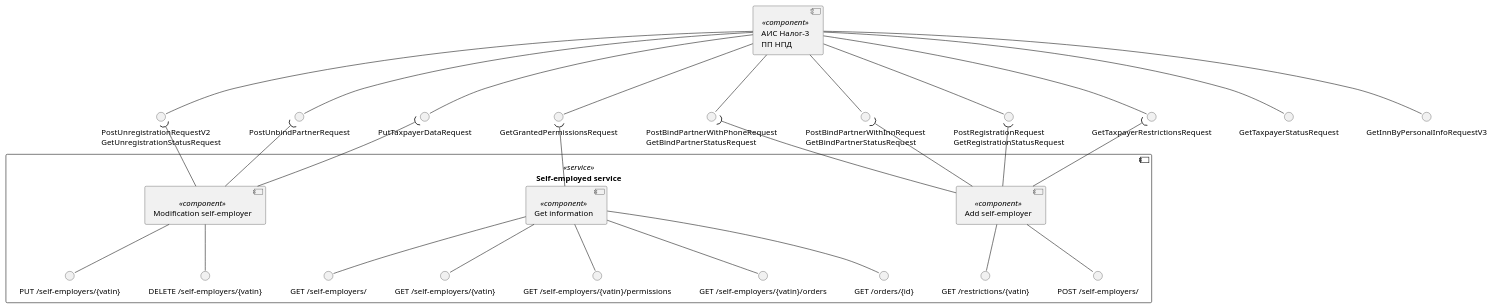
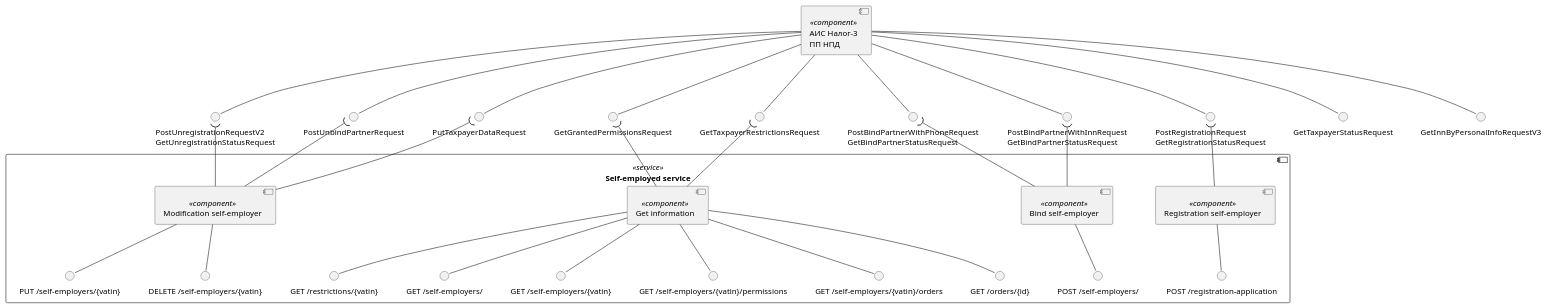
The second of 7 diagrams in diagrams/self-employed-service/components.puml (RaikBitters/ibank-internal-services), drawn with PlantUML before and after one commit. The commit also changed 1 other file, not shown here.

```diff
--- a/diagrams/self-employed-service/components.puml
+++ b/diagrams/self-employed-service/components.puml
@@ -5,70 +5,71 @@
 @startuml self-employer-components
 
 component "АИС Налог-3\nПП НПД" as Tax3 <<component>>
 interface "GetTaxpayerRestrictionsRequest" as getTaxpayerRestrictions
 interface "PostRegistrationRequest\nGetRegistrationStatusRequest" as postTaxpayerRegistration
 interface "GetTaxpayerStatusRequest" as getTaxpayerStatus
 interface "PutTaxpayerDataRequest" as putTaxpayerData
 interface "GetGrantedPermissionsRequest" as getGrantedPermission
 interface "GetInnByPersonalInfoRequestV3" as getInnByPersonalInfo
 interface "PostBindPartnerWithInnRequest\nGetBindPartnerStatusRequest" as postPartnerBindInn
 interface "PostBindPartnerWithPhoneRequest\nGetBindPartnerStatusRequest" as postPartnerBindPhone
 interface "PostUnbindPartnerRequest" as postPartnerUnbind
 interface "PostUnregistrationRequestV2\nGetUnregistrationStatusRequest" as postTaxpayerUnregistration
 
 Tax3 --() getTaxpayerRestrictions
 Tax3 --() postTaxpayerRegistration
 Tax3 --() getTaxpayerStatus
 Tax3 --() putTaxpayerData
 Tax3 --() postPartnerBindInn
 Tax3 --() postPartnerBindPhone
 Tax3 --() postTaxpayerUnregistration
 Tax3 --() postPartnerUnbind
 Tax3 --() getGrantedPermission
 Tax3 --() getInnByPersonalInfo
 
 component "Self-employed service" as SelfEmplService <<service>> {
 
-component "Add self-employer" as Add <<component>>
-interface "GET /restrictions/{vatin}" as getRestrictions
+component "Registration self-employer" as Registration <<component>>
+interface "POST /registration-application" as postRegistrationApplication
+Registration --() postRegistrationApplication
+Registration -up-( postTaxpayerRegistration
+
+component "Bind self-employer" as Bind <<component>>
 interface "POST /self-employers/" as postSelfEmpls
-
-Add --() getRestrictions
-Add --() postSelfEmpls
-
-Add -up-( getTaxpayerRestrictions
-Add -up-( postTaxpayerRegistration
-Add -up-( postPartnerBindInn
-Add -up-( postPartnerBindPhone
-
+Bind --() postSelfEmpls
+Bind -up-( postPartnerBindInn
+Bind -up-( postPartnerBindPhone
 
 component "Get information" as Information <<component>>
+interface "GET /restrictions/{vatin}" as getRestrictions
 interface "GET /self-employers/" as getSelfEmpls
 interface "GET /self-employers/{vatin}" as getSelfEmplsId
 interface "GET /self-employers/{vatin}/permissions" as getSelfEmplsIdPermission
 interface "GET /self-employers/{vatin}/orders" as getSelfEmplsIdOrders
 interface "GET /orders/{id}" as getOrdersId
 
 Information --() getSelfEmpls
 Information --() getSelfEmplsId
 Information --() getOrdersId
 Information --() getSelfEmplsIdOrders
 Information --() getSelfEmplsIdPermission
+Information --() getRestrictions
 
+Information -up-( getTaxpayerRestrictions
 Information -up-( getGrantedPermission
 
 
 Component "Modification self-employer" as Modification <<component>>
 interface "PUT /self-employers/{vatin}" as putSelfEmplsId
 interface "DELETE /self-employers/{vatin}" as delSelfEmplsId
 
 Modification --() putSelfEmplsId
 Modification --() delSelfEmplsId
 
 Modification -up-( putTaxpayerData
 Modification -up-( postPartnerUnbind
 Modification -up-( postTaxpayerUnregistration
 
 }
 
 @enduml
```
